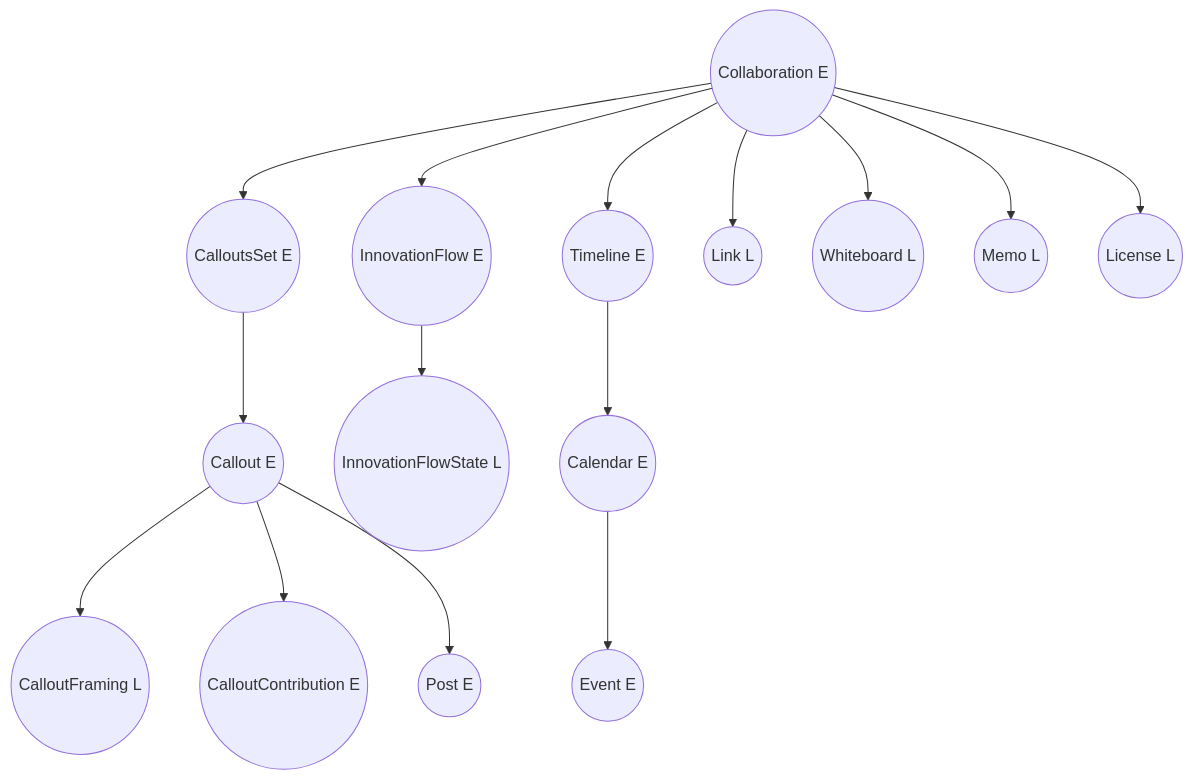
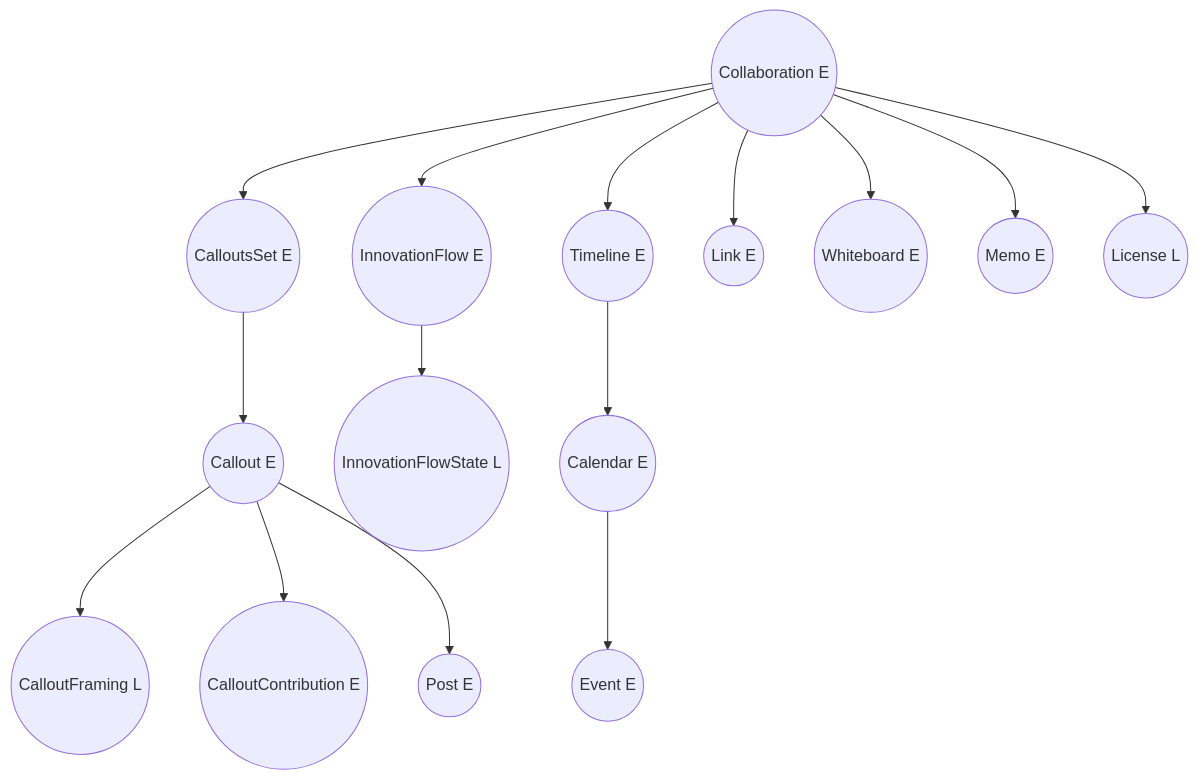
One commit to alkem-io/server changed the tenth of 12 diagrams in docs/authorization-forest.md. Above: the diagram before and after it, drawn with Mermaid. The commit also changed other lines of this file and 1 other file, not shown here.

````diff
--- a/docs/authorization-forest.md
+++ b/docs/authorization-forest.md
@@ -189,17 +188,17 @@
 ```mermaid
 graph TD
 	Collaboration((Collaboration E)) --> CalloutsSet((CalloutsSet E))
 	CalloutsSet --> Callout((Callout E))
 	Callout --> CalloutFraming((CalloutFraming L))
 	Callout --> CalloutContribution((CalloutContribution E))
 	Callout --> Post((Post E))
 	Collaboration --> InnovationFlow((InnovationFlow E))
 	InnovationFlow --> InnovationFlowState((InnovationFlowState L))
 	Collaboration --> Timeline((Timeline E))
 	Timeline --> Calendar((Calendar E))
 	Calendar --> Event((Event E))
-	Collaboration --> Link((Link L))
-	Collaboration --> Whiteboard((Whiteboard L))
-	Collaboration --> Memo((Memo L))
+	Collaboration --> Link((Link E))
+	Collaboration --> Whiteboard((Whiteboard E))
+	Collaboration --> Memo((Memo E))
 	Collaboration --> License((License L))
 ```
````
